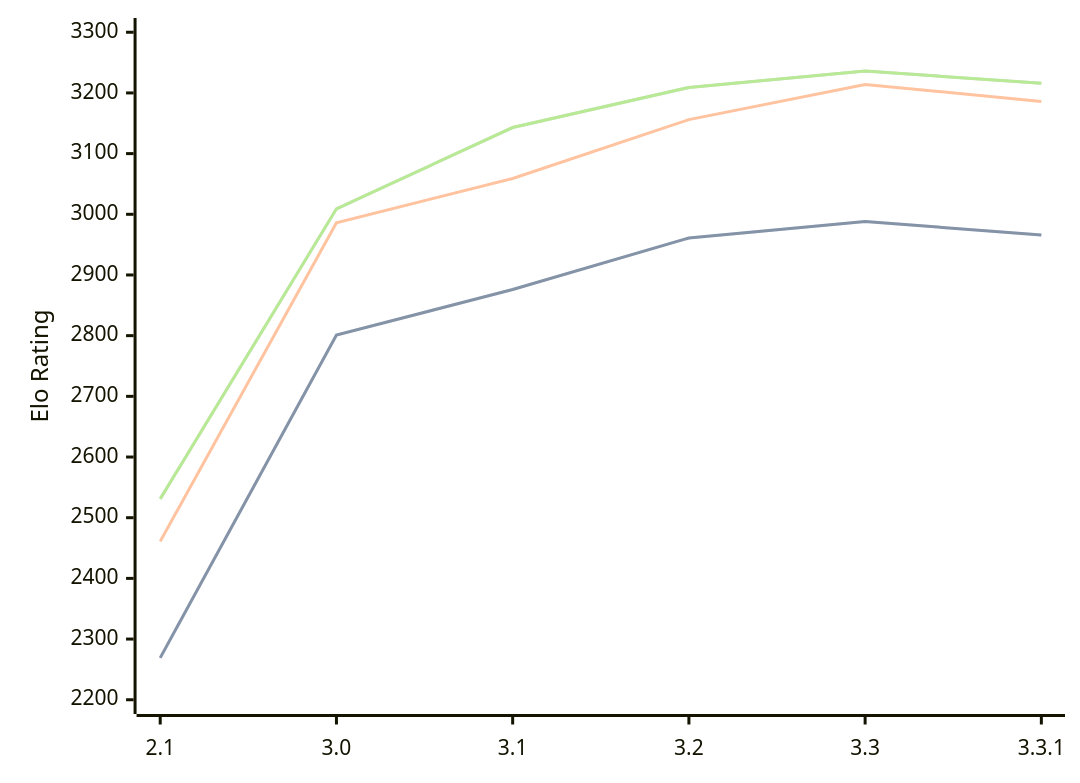
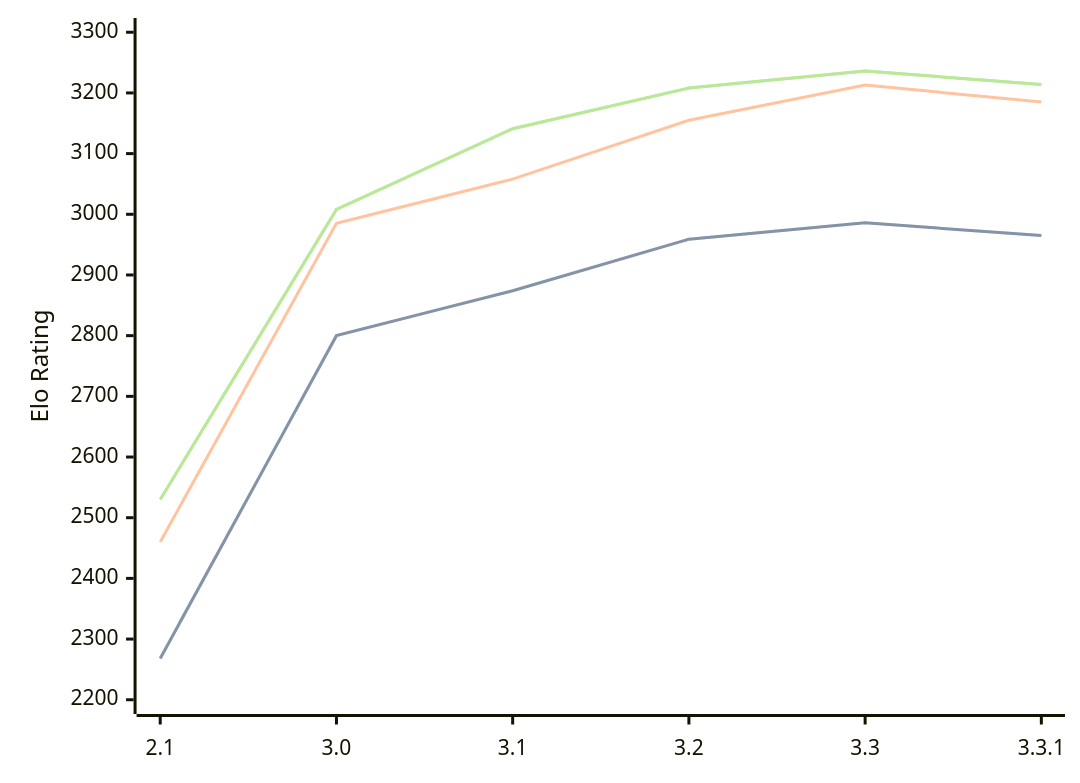
Before and after one commit to computer-chess-index/cci: the diagram in engines/Petrel.md, drawn with Mermaid. The commit also changed other lines of this file, not shown here.

Commit message:
Update CCI Ratings (ELO VLTC) - 2026-03-08

````diff
--- a/engines/Petrel.md
+++ b/engines/Petrel.md
@@ -41,11 +41,11 @@
 ```mermaid
 %%{init: {"theme":"base","themeVariables":{"seriesColors:['#a3a3a3','#222221','#faa371']}}}%%
 xychart-beta
   x-axis ["2.1", "3.0", "3.1", "3.2", "3.3", "3.3.1"]
   y-axis "Elo Rating" 2200 --> 3300
-  line "STC (8.0+0.08s)" [2269, 2801, 2876, 2961, 2988, 2966]
-  line "STC (8.0+0.08s)" [2269, 2801, 2876, 2961, 2988, 2966]
-  line "LTC (60.0+0.60s)" [2461, 2986, 3059, 3156, 3214, 3186]
-  line "VLTC (2m24s+1.12s)" [2531, 3009, 3143, 3209, 3236, 3216]
-  line "VLTC (2m24s+1.12s)" [2531, 3009, 3143, 3209, 3236, 3216]
+  line "STC (8.0+0.08s)" [2268, 2800, 2874, 2959, 2986, 2965]
+  line "STC (8.0+0.08s)" [2268, 2800, 2874, 2959, 2986, 2965]
+  line "LTC (60.0+0.60s)" [2460, 2985, 3058, 3155, 3213, 3185]
+  line "VLTC (2m24s+1.12s)" [2530, 3008, 3141, 3208, 3236, 3214]
+  line "VLTC (2m24s+1.12s)" [2530, 3008, 3141, 3208, 3236, 3214]
 ```
````
